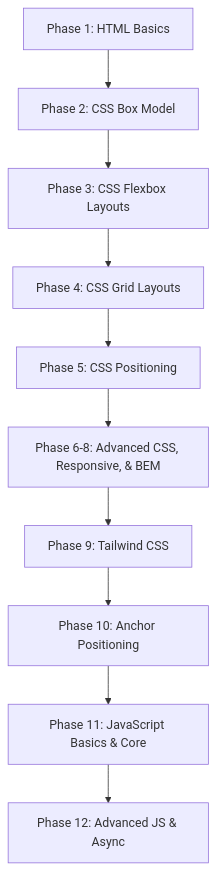
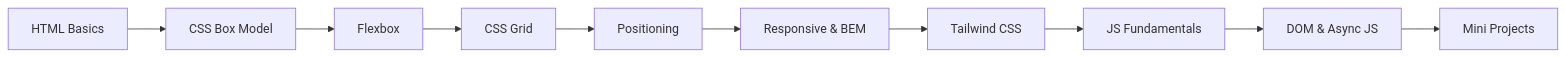
One commit to SaqibShah-dev/web-dev-journey changed the diagram in README.md. Above: the diagram before and after it, drawn with Mermaid. The commit also changed other lines of this file, not shown here.

````diff
--- a/README.md
+++ b/README.md
@@ -36,12 +69,12 @@
 ```mermaid
-graph TD
-    A[Phase 1: HTML Basics] --> B[Phase 2: CSS Box Model]
-    B --> C[Phase 3: CSS Flexbox Layouts]
-    C --> D[Phase 4: CSS Grid Layouts]
-    D --> E[Phase 5: CSS Positioning]
-    E --> F[Phase 6-8: Advanced CSS, Responsive, & BEM]
-    F --> G[Phase 9: Tailwind CSS]
-    G --> H[Phase 10: Anchor Positioning]
-    H --> I[Phase 11: JavaScript Basics & Core]
-    I --> J[Phase 12: Advanced JS & Async]
+graph LR
+    A[HTML Basics] --> B[CSS Box Model]
+    B --> C[Flexbox]
+    C --> D[CSS Grid]
+    D --> E[Positioning]
+    E --> F[Responsive & BEM]
+    F --> G[Tailwind CSS]
+    G --> H[JS Fundamentals]
+    H --> I[DOM & Async JS]
+    I --> J[Mini Projects]
 ```
````
